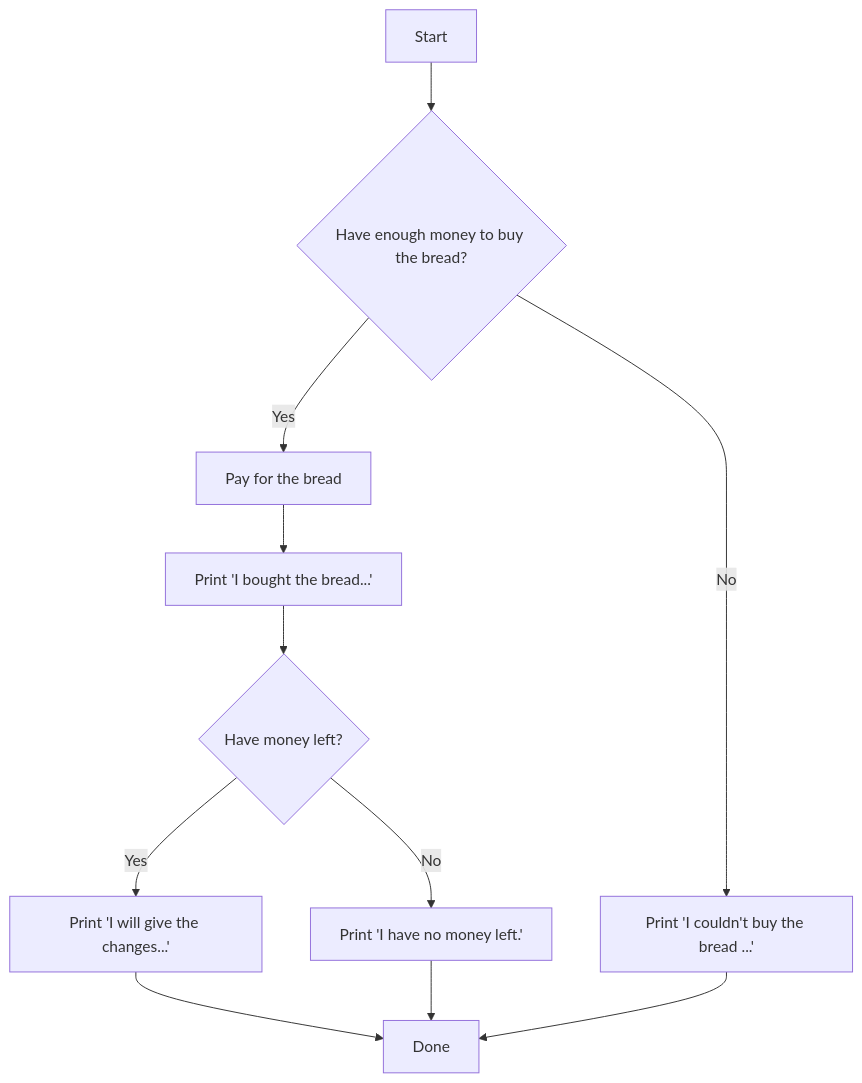
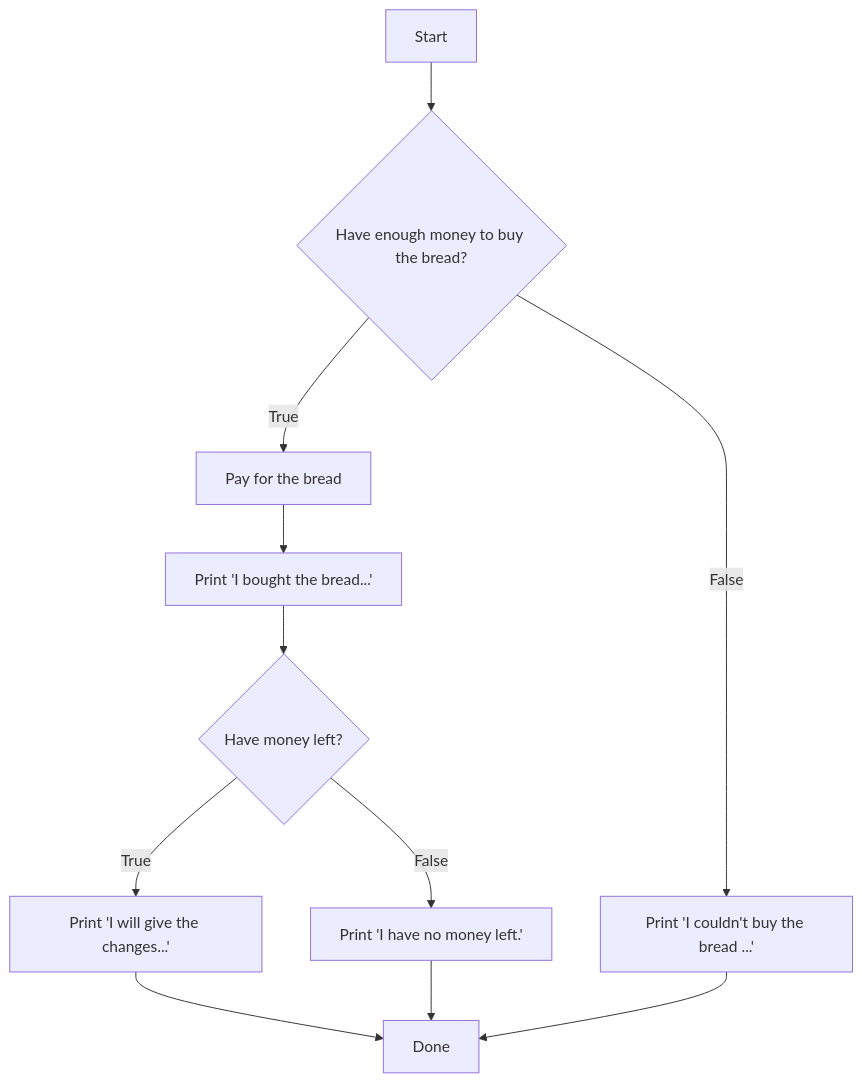
Before and after one commit to rahmanda/ayongulik: the fourth of 4 diagrams in courses/level-0/algoritma-menggunakan-python/3-conditionals.md, drawn with Mermaid. The commit also changed other lines of this file and 1 other file, not shown here.

Commit message:
docs(algoritma): replace diagram with True and False for branching

````diff
--- a/courses/level-0/algoritma-menggunakan-python/3-conditionals.md
+++ b/courses/level-0/algoritma-menggunakan-python/3-conditionals.md
@@ -130,13 +130,13 @@
 ```mermaid
 flowchart TD
     A[Start] --> B{Have enough money to buy the bread?}
-    B -- Yes --> C[Pay for the bread]
+    B -- True --> C[Pay for the bread]
     C --> D[Print 'I bought the bread...']
     D --> E{Have money left?}
-    E -- Yes --> F[Print 'I will give the changes...']
-    E -- No --> G[Print 'I have no money left.']
+    E -- True --> F[Print 'I will give the changes...']
+    E -- False --> G[Print 'I have no money left.']
     F --> H[Done]
     G --> H[Done]
-    B -- No --> I[Print 'I couldn't buy the bread ...']
+    B -- False --> I[Print 'I couldn't buy the bread ...']
     I --> H
 ```
````
